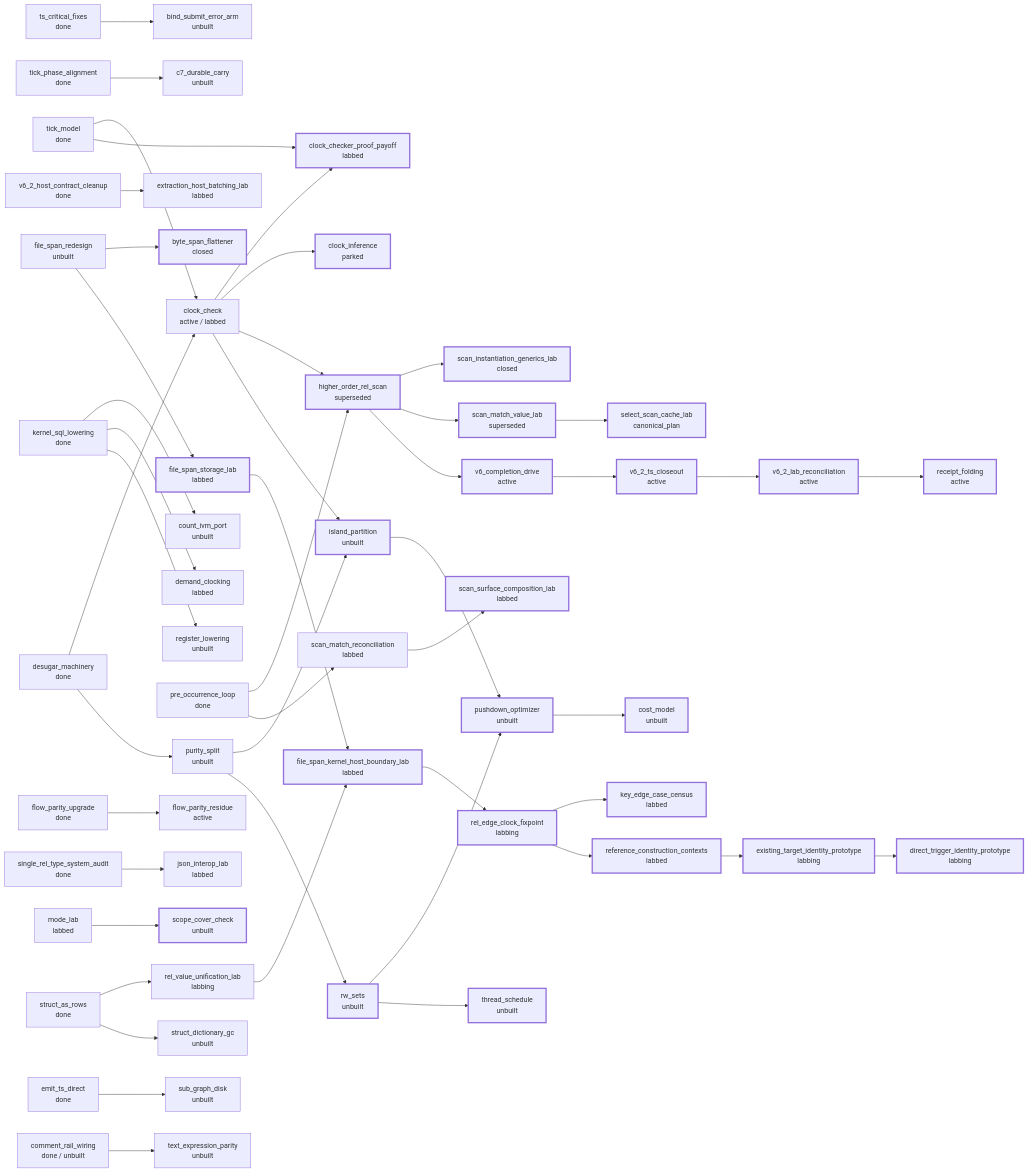
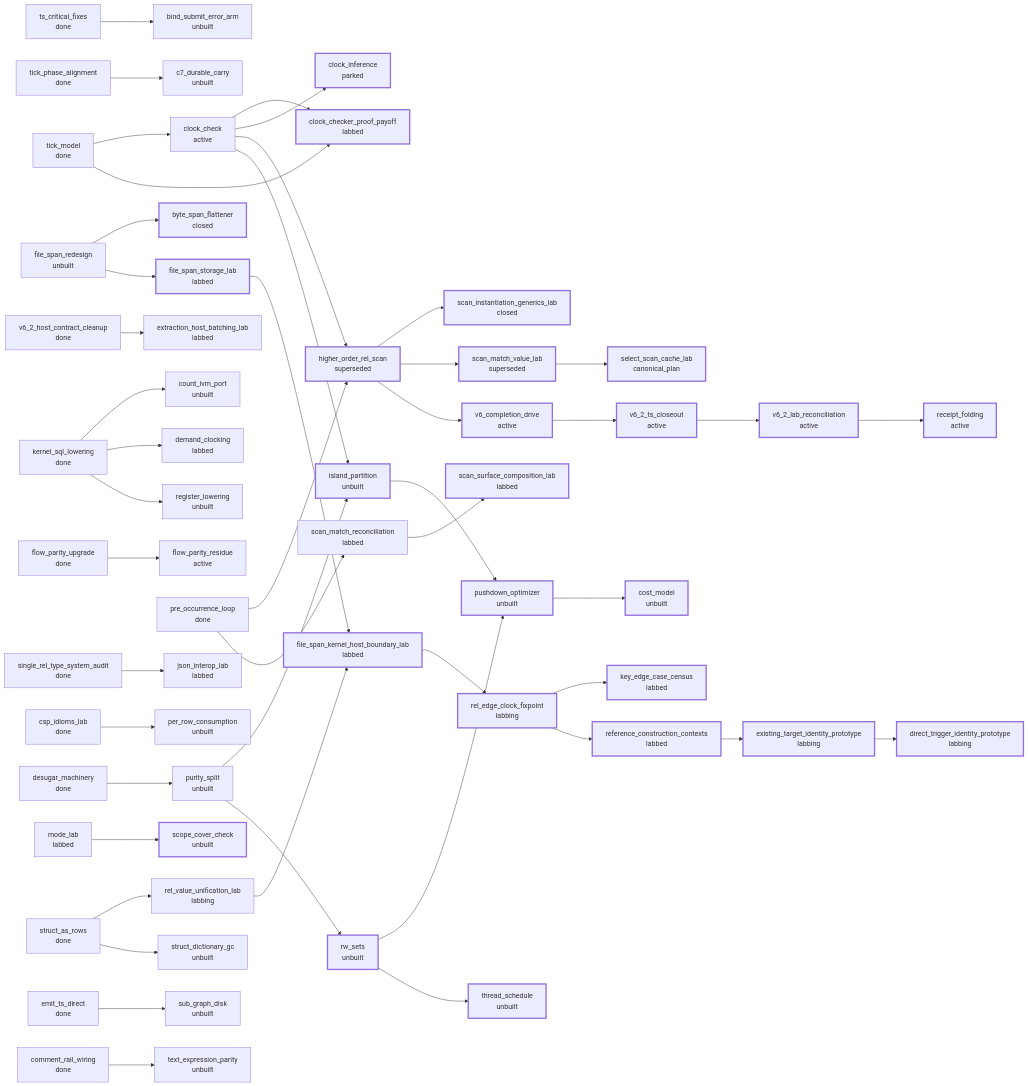
The third of 4 diagrams in v6/ARCH-MAP.md (hafley66/sprefa), drawn with Mermaid before and after one commit. The commit also changed other lines of this file and 3 other files, not shown here.

Commit message:
merge close-out: self-map landed, ARCH duplicate-state rows resolved (the rail's first catch), map regenerated on merged main picking up the csp rows

```diff
--- a/v6/ARCH-MAP.md
+++ b/v6/ARCH-MAP.md
@@ -161,12 +161,13 @@
   t_bind_submit_error_arm["bind_submit_error_arm<br/>unbuilt"]
   t_byte_span_flattener["byte_span_flattener<br/>closed"]
   t_c7_durable_carry["c7_durable_carry<br/>unbuilt"]
-  t_clock_check["clock_check<br/>active / labbed"]
+  t_clock_check["clock_check<br/>active"]
   t_clock_checker_proof_payoff["clock_checker_proof_payoff<br/>labbed"]
   t_clock_inference["clock_inference<br/>parked"]
-  t_comment_rail_wiring["comment_rail_wiring<br/>done / unbuilt"]
+  t_comment_rail_wiring["comment_rail_wiring<br/>done"]
   t_cost_model["cost_model<br/>unbuilt"]
   t_count_ivm_port["count_ivm_port<br/>unbuilt"]
+  t_csp_idioms_lab["csp_idioms_lab<br/>done"]
   t_demand_clocking["demand_clocking<br/>labbed"]
   t_desugar_machinery["desugar_machinery<br/>done"]
   t_direct_trigger_identity_prototype["direct_trigger_identity_prototype<br/>labbing"]
@@ -184,6 +185,7 @@
   t_kernel_sql_lowering["kernel_sql_lowering<br/>done"]
   t_key_edge_case_census["key_edge_case_census<br/>labbed"]
   t_mode_lab["mode_lab<br/>labbed"]
+  t_per_row_consumption["per_row_consumption<br/>unbuilt"]
   t_pre_occurrence_loop["pre_occurrence_loop<br/>done"]
   t_purity_split["purity_split<br/>unbuilt"]
   t_pushdown_optimizer["pushdown_optimizer<br/>unbuilt"]
@@ -217,7 +219,7 @@
   t_clock_check --> t_higher_order_rel_scan
   t_clock_check --> t_island_partition
   t_comment_rail_wiring --> t_text_expression_parity
-  t_desugar_machinery --> t_clock_check
+  t_csp_idioms_lab --> t_per_row_consumption
   t_desugar_machinery --> t_purity_split
   t_emit_ts_direct --> t_sub_graph_disk
   t_existing_target_identity_prototype --> t_direct_trigger_identity_prototype
```
